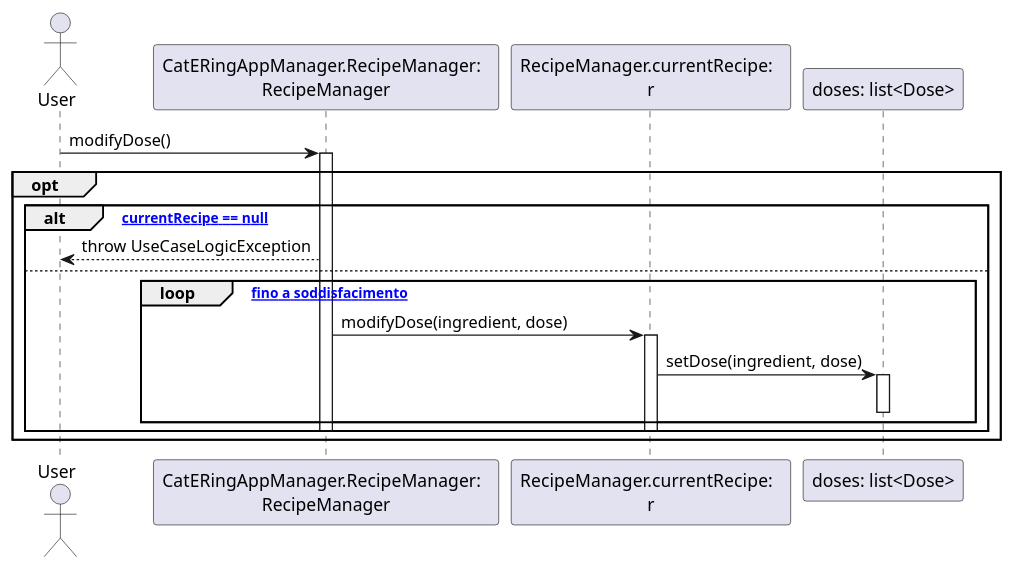
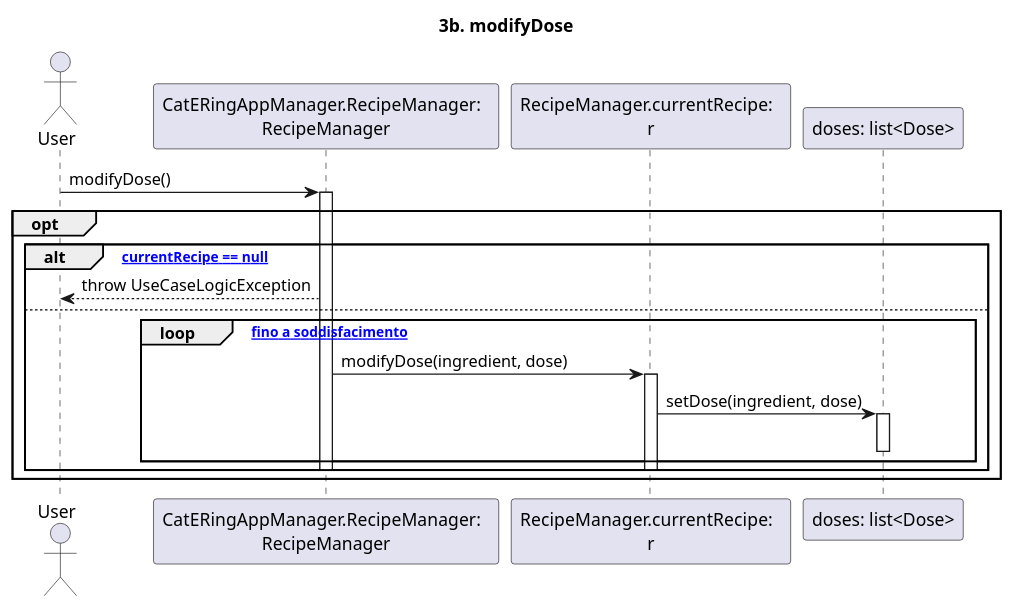
One commit to m0canu1/sas changed the diagram in dsd/dsd-ricette/estensioni/3b-modifyDose.md. Above: the diagram before and after it, drawn with PlantUML. The commit also changed 15 other files, not shown here.

````diff
--- a/dsd/dsd-ricette/estensioni/3b-modifyDose.md
+++ b/dsd/dsd-ricette/estensioni/3b-modifyDose.md
@@ -1,25 +1,28 @@
 ```plantuml
+
+title: 3b. modifyDose
+
 Actor User
 Participant "CatERingAppManager.RecipeManager:  \nRecipeManager" as RM
 Participant "RecipeManager.currentRecipe:  \nr" as CR
 
 User -> RM: modifyDose()
 Activate RM
 opt
 	alt ["currentRecipe == null"]
 		RM --> User: throw UseCaseLogicException
 	else 
 		loop ["fino a soddisfacimento"]
 
 		RM -> CR: modifyDose(ingredient, dose)
 		Activate CR
 			CR -> "doses: list<Dose>": setDose(ingredient, dose)
 			Activate "doses: list<Dose>"
 			Deactivate "doses: list<Dose>"
 		end
 
 		Deactivate CR
 		Deactivate RM
 	end
 end
 ```
````
